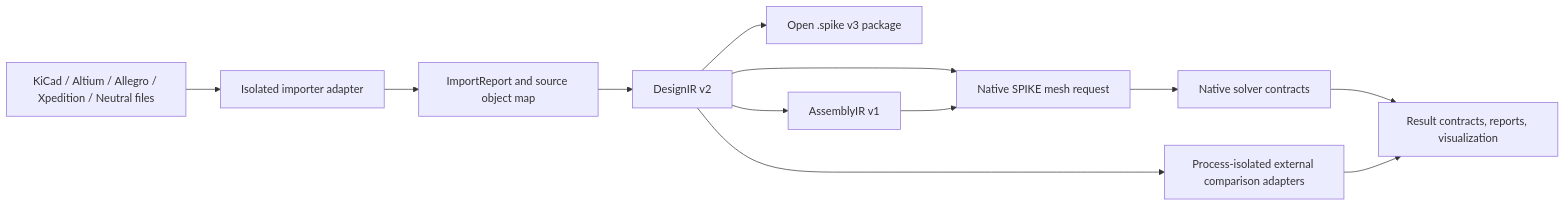
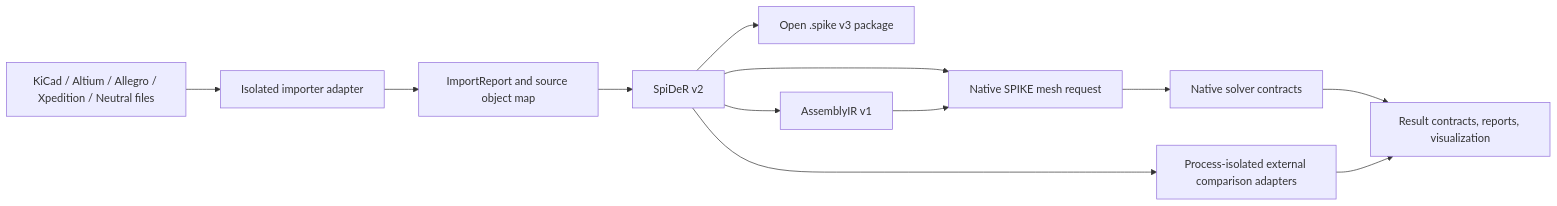
Before and after one commit to krishna-swaroop/SPIKE: the first of 8 diagrams in docs/CAD_NEUTRAL_NATIVE_MULTIPHYSICS_FOUNDATION.md, drawn with Mermaid. The commit also changed other lines of this file and 523 other files, not shown here.

````diff
--- a/docs/CAD_NEUTRAL_NATIVE_MULTIPHYSICS_FOUNDATION.md
+++ b/docs/CAD_NEUTRAL_NATIVE_MULTIPHYSICS_FOUNDATION.md
@@ -19,14 +19,14 @@
 ```mermaid
 flowchart LR
     CAD["KiCad / Altium / Allegro / Xpedition / Neutral files"] --> ISOLATE["Isolated importer adapter"]
     ISOLATE --> REPORT["ImportReport and source object map"]
-    REPORT --> IR["DesignIR v2"]
+    REPORT --> IR["SpiDeR v2"]
     IR --> PACKAGE["Open .spike v3 package"]
     IR --> MESH["Native SPIKE mesh request"]
     MESH --> NATIVE["Native solver contracts"]
     NATIVE --> RESULT["Result contracts, reports, visualization"]
     IR --> EXT["Process-isolated external comparison adapters"]
     EXT --> RESULT
     IR --> ASSEMBLY["AssemblyIR v1"]
     ASSEMBLY --> MESH
 ```
````
